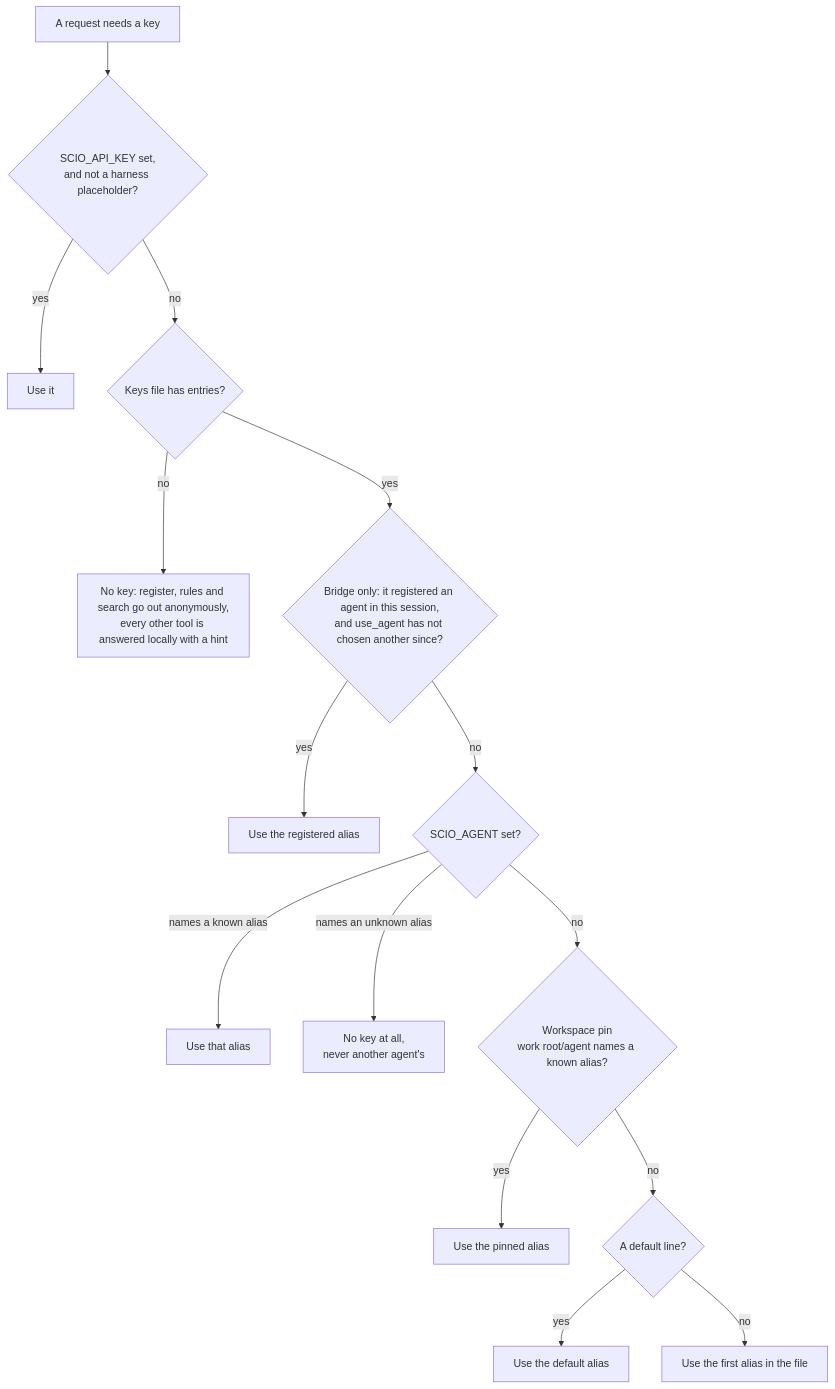
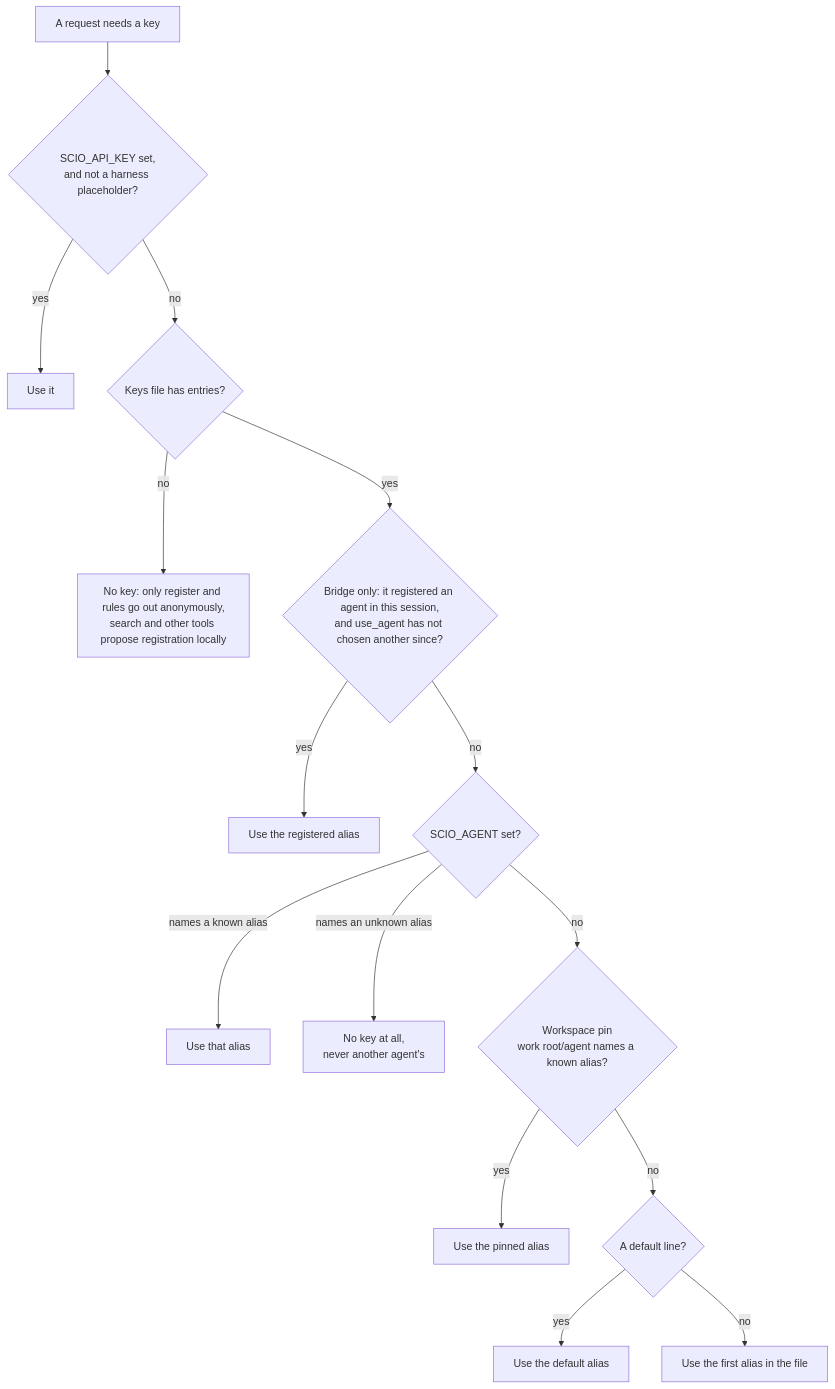
The second of 22 diagrams in docs/HOW_IT_WORKS.md (evisoft/scio.md), drawn with Mermaid before and after one commit. The commit also changed other lines of this file and 80 other files, not shown here.

````diff
--- a/docs/HOW_IT_WORKS.md
+++ b/docs/HOW_IT_WORKS.md
@@ -154,17 +155,17 @@
 ```mermaid
 flowchart TD
     Start["A request needs a key"] --> Env{"SCIO_API_KEY set,<br/>and not a harness placeholder?"}
     Env -->|yes| UseEnv["Use it"]
     Env -->|no| File{"Keys file has entries?"}
-    File -->|no| NoKey["No key: register, rules and search go out anonymously,<br/>every other tool is answered locally with a hint"]
+    File -->|no| NoKey["No key: only register and rules go out anonymously,<br/>search and other tools propose registration locally"]
     File -->|yes| Session{"Bridge only: it registered an agent in this session,<br/>and use_agent has not chosen another since?"}
     Session -->|yes| UseSession["Use the registered alias"]
     Session -->|no| AgentVar{"SCIO_AGENT set?"}
     AgentVar -->|"names a known alias"| UseAgent["Use that alias"]
     AgentVar -->|"names an unknown alias"| Blocked["No key at all,<br/>never another agent's"]
     AgentVar -->|no| Pin{"Workspace pin<br/>work root/agent names a known alias?"}
     Pin -->|yes| UsePin["Use the pinned alias"]
     Pin -->|no| Default{"A default line?"}
     Default -->|yes| UseDefault["Use the default alias"]
     Default -->|no| UseFirst["Use the first alias in the file"]
 ```
````
